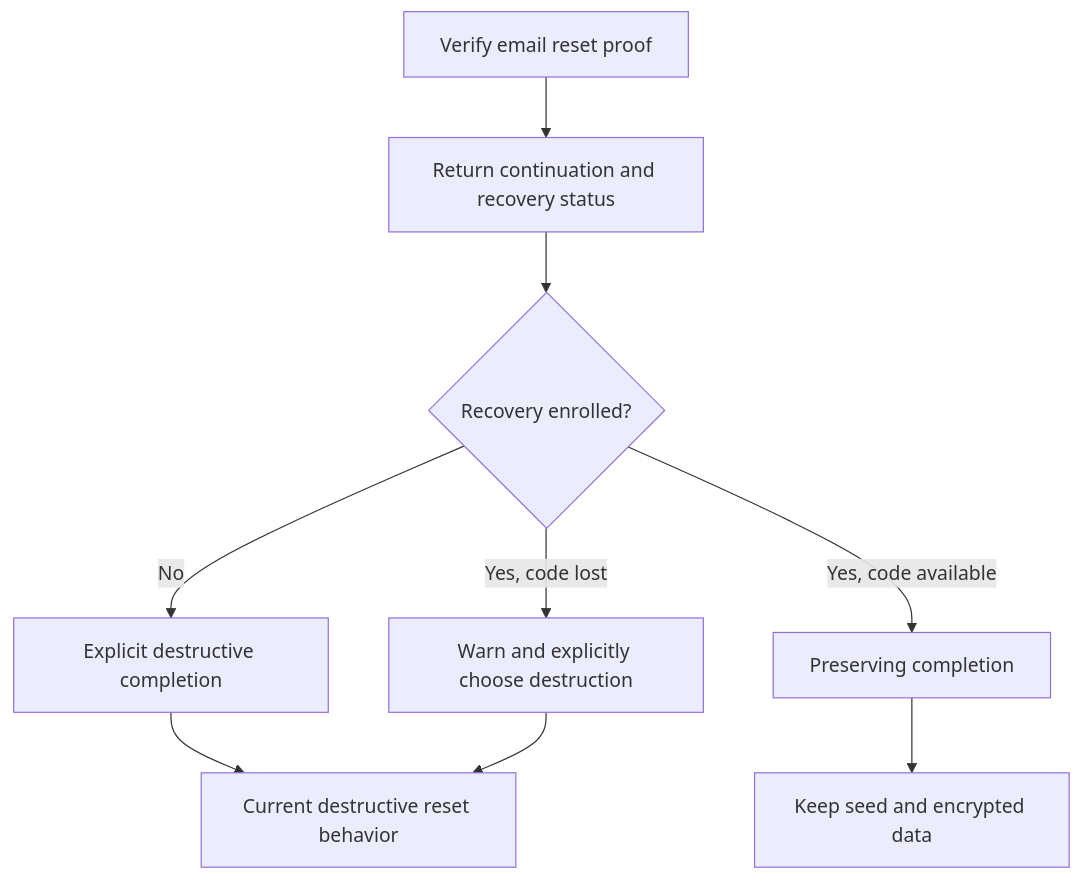
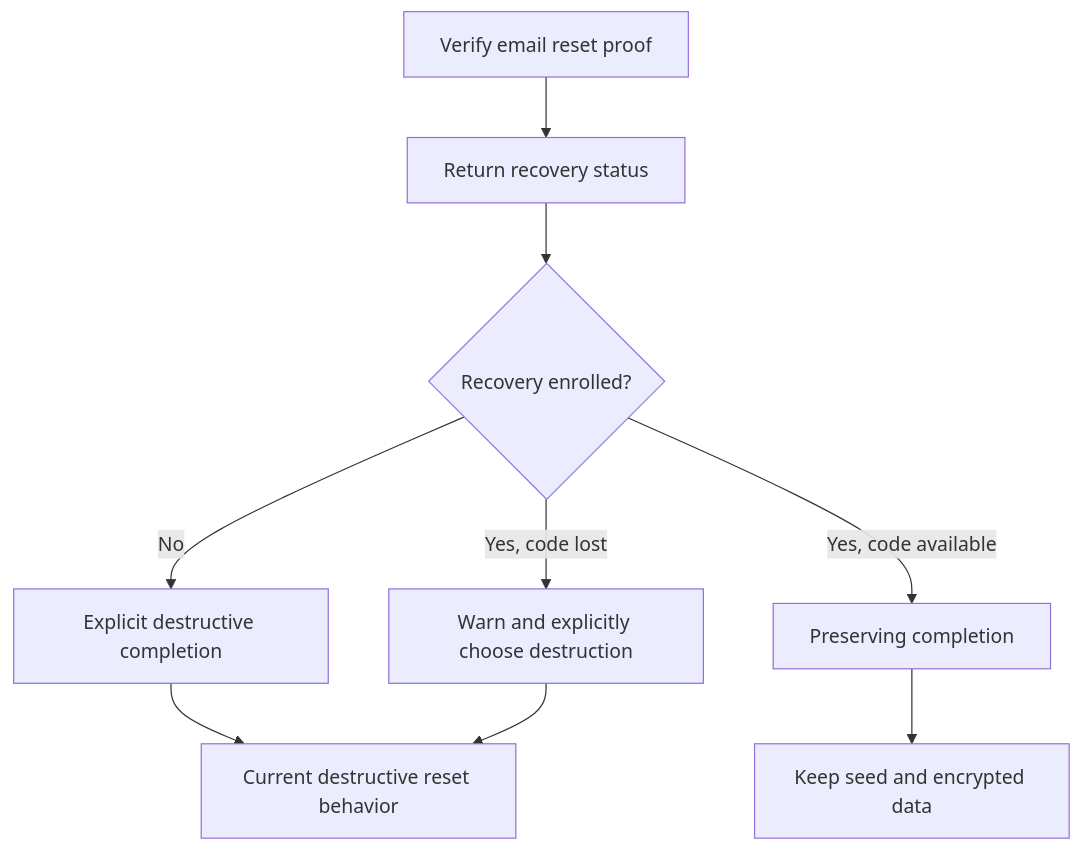
The fifth of 6 diagrams in services/opensecret/docs/recovery-credential-plan.md (OpenSecretCloud/Maple), drawn with Mermaid before and after one commit. The commit also changed other lines of this file, not shown here.

Commit message:
docs: simplify recovery reset v2 flow

````diff
--- a/services/opensecret/docs/recovery-credential-plan.md
+++ b/services/opensecret/docs/recovery-credential-plan.md
@@ -431,11 +396,11 @@
 ```mermaid
 flowchart TD
-    A[Verify email reset proof] --> B[Return continuation and recovery status]
+    A[Verify email reset proof] --> B[Return recovery status]
     B --> C{Recovery enrolled?}
     C -->|No| D[Explicit destructive completion]
     C -->|Yes, code available| E[Preserving completion]
     C -->|Yes, code lost| F[Warn and explicitly choose destruction]
     E --> G[Keep seed and encrypted data]
     D --> H[Current destructive reset behavior]
     F --> H
 ```
````
